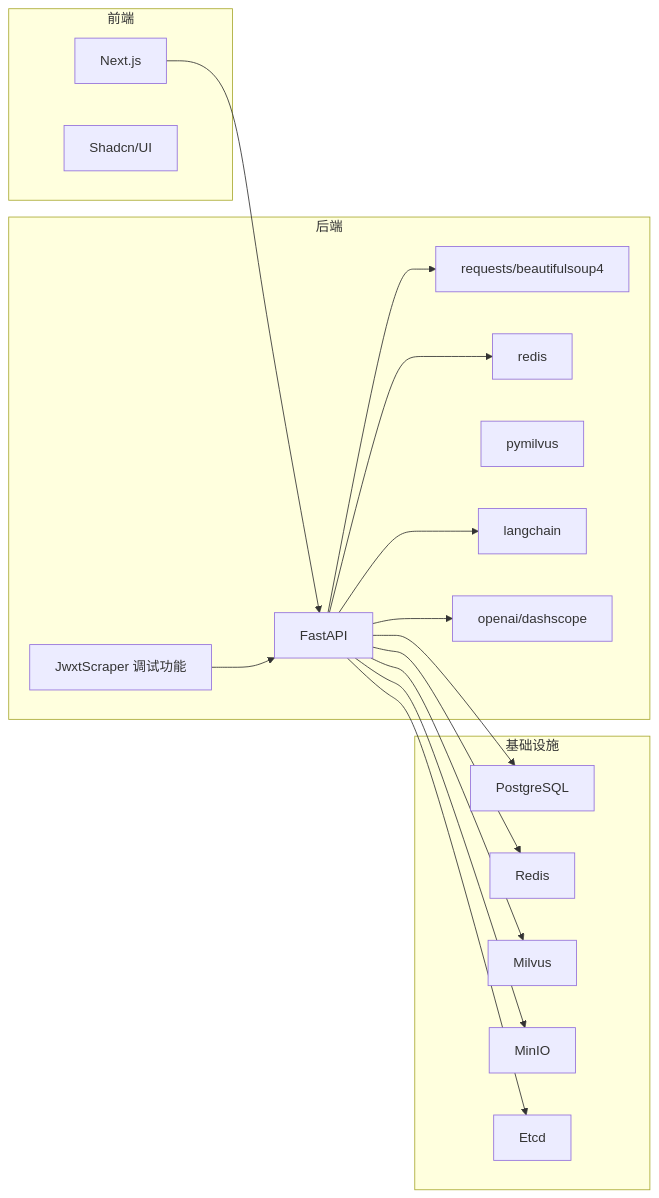
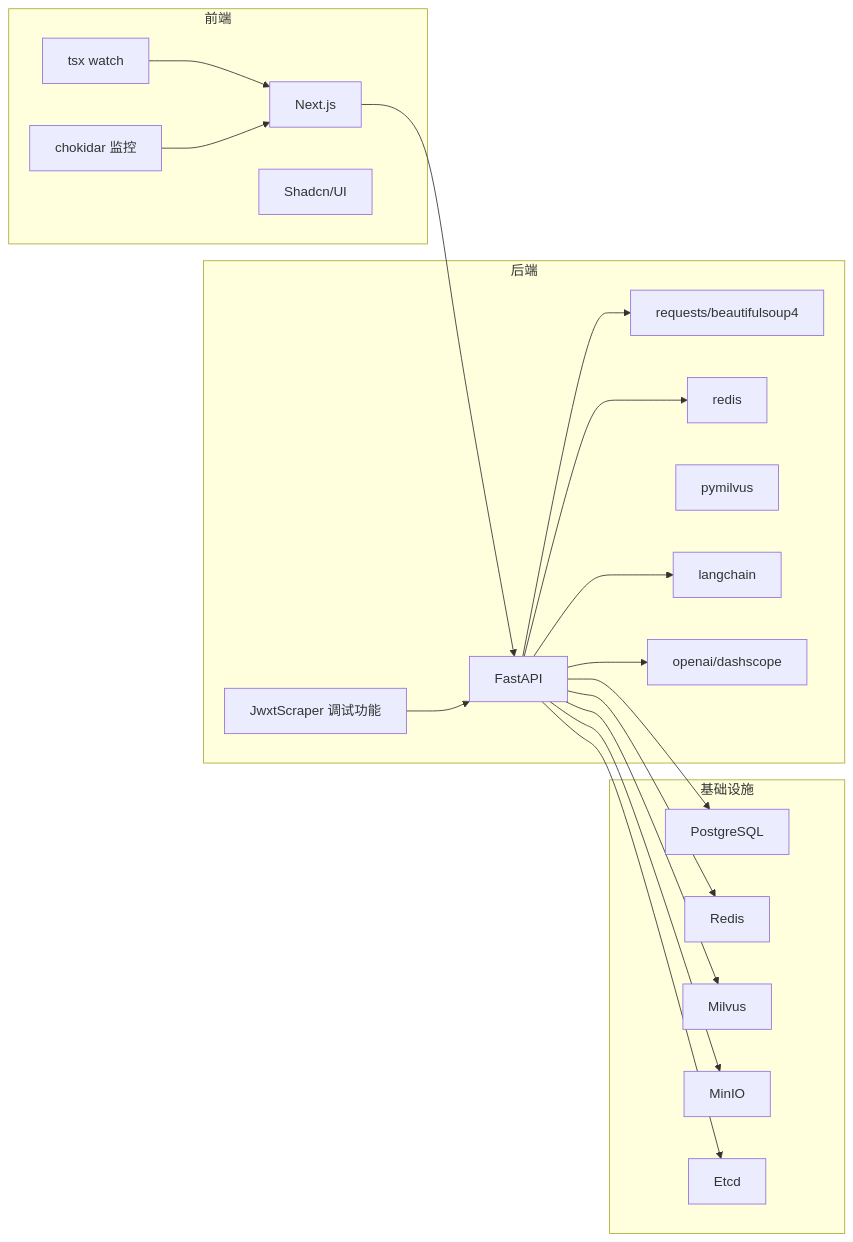
Before and after one commit to ghbbn053-ship-itsoulddog/soulddog: the seventh of 7 diagrams in .qoder/repowiki/zh/content/故障排除.md, drawn with Mermaid. The commit also changed other lines of this file and 119 other files, not shown here.

````diff
--- a/.qoder/repowiki/zh/content/故障排除.md
+++ b/.qoder/repowiki/zh/content/故障排除.md
@@ -239,34 +365,38 @@
 ```mermaid
 graph LR
 subgraph "后端"
 F["FastAPI"]
 RQ["requests/beautifulsoup4"]
 RD["redis"]
 MV["pymilvus"]
 LC["langchain"]
 OA["openai/dashscope"]
 SCR["JwxtScraper 调试功能"]
 end
 subgraph "前端"
 NX["Next.js"]
 UI["Shadcn/UI"]
+TSX["tsx watch"]
+CHOK["chokidar 监控"]
 end
 subgraph "基础设施"
 PG["PostgreSQL"]
 RS["Redis"]
 ML["Milvus"]
 MN["MinIO"]
 ET["Etcd"]
 end
 NX --> F
 F --> PG
 F --> RS
 F --> ML
 F --> MN
 F --> ET
 F --> RD
 F --> OA
 F --> LC
 F --> RQ
 SCR --> F
+TSX --> NX
+CHOK --> NX
 ```
````
